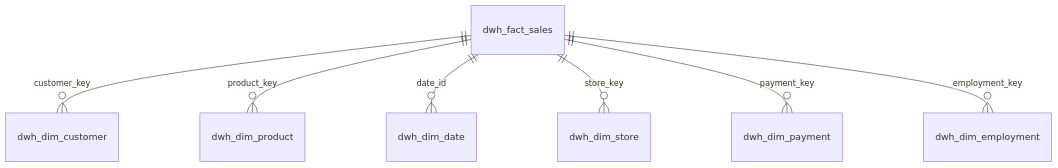
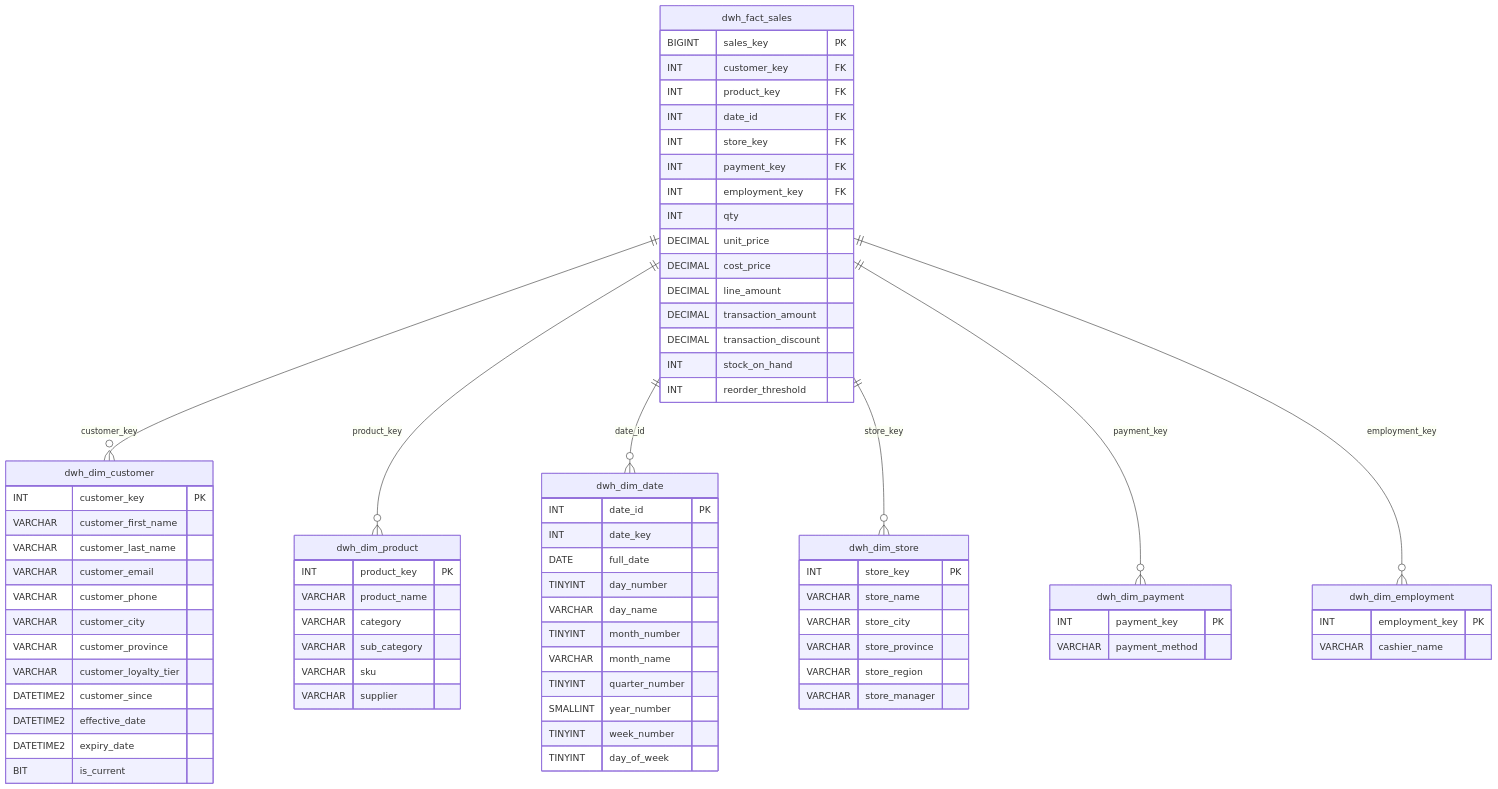
One commit to kamohelomolotsi1-svg/Bright_Mart_Boipelo_Molotsi changed the second of 3 diagrams in README.md. Above: the diagram before and after it, drawn with Mermaid. The commit also changed other lines of this file, not shown here.

Commit message:
Update architecture and Power BI documentation

````diff
--- a/README.md
+++ b/README.md
@@ -71,9 +52,84 @@
 ```mermaid
 erDiagram
-    dwh_fact_sales ||--o{ dwh_dim_customer : customer_key
-    dwh_fact_sales ||--o{ dwh_dim_product : product_key
-    dwh_fact_sales ||--o{ dwh_dim_date : date_id
-    dwh_fact_sales ||--o{ dwh_dim_store : store_key
-    dwh_fact_sales ||--o{ dwh_dim_payment : payment_key
-    dwh_fact_sales ||--o{ dwh_dim_employment : employment_key
+    dwh_fact_sales ||--o{ dwh_dim_customer : "customer_key"
+    dwh_fact_sales ||--o{ dwh_dim_product : "product_key"
+    dwh_fact_sales ||--o{ dwh_dim_date : "date_id"
+    dwh_fact_sales ||--o{ dwh_dim_store : "store_key"
+    dwh_fact_sales ||--o{ dwh_dim_payment : "payment_key"
+    dwh_fact_sales ||--o{ dwh_dim_employment : "employment_key"
+
+    dwh_fact_sales {
+        BIGINT sales_key PK
+        INT customer_key FK
+        INT product_key FK
+        INT date_id FK
+        INT store_key FK
+        INT payment_key FK
+        INT employment_key FK
+        INT qty
+        DECIMAL unit_price
+        DECIMAL cost_price
+        DECIMAL line_amount
+        DECIMAL transaction_amount
+        DECIMAL transaction_discount
+        INT stock_on_hand
+        INT reorder_threshold
+    }
+
+    dwh_dim_customer {
+        INT customer_key PK
+        VARCHAR customer_first_name
+        VARCHAR customer_last_name
+        VARCHAR customer_email
+        VARCHAR customer_phone
+        VARCHAR customer_city
+        VARCHAR customer_province
+        VARCHAR customer_loyalty_tier
+        DATETIME2 customer_since
+        DATETIME2 effective_date
+        DATETIME2 expiry_date
+        BIT is_current
+    }
+
+    dwh_dim_product {
+        INT product_key PK
+        VARCHAR product_name
+        VARCHAR category
+        VARCHAR sub_category
+        VARCHAR sku
+        VARCHAR supplier
+    }
+
+    dwh_dim_date {
+        INT date_id PK
+        INT date_key
+        DATE full_date
+        TINYINT day_number
+        VARCHAR day_name
+        TINYINT month_number
+        VARCHAR month_name
+        TINYINT quarter_number
+        SMALLINT year_number
+        TINYINT week_number
+        TINYINT day_of_week
+    }
+
+    dwh_dim_store {
+        INT store_key PK
+        VARCHAR store_name
+        VARCHAR store_city
+        VARCHAR store_province
+        VARCHAR store_region
+        VARCHAR store_manager
+    }
+
+    dwh_dim_payment {
+        INT payment_key PK
+        VARCHAR payment_method
+    }
+
+    dwh_dim_employment {
+        INT employment_key PK
+        VARCHAR cashier_name
+    }
 ```
````
